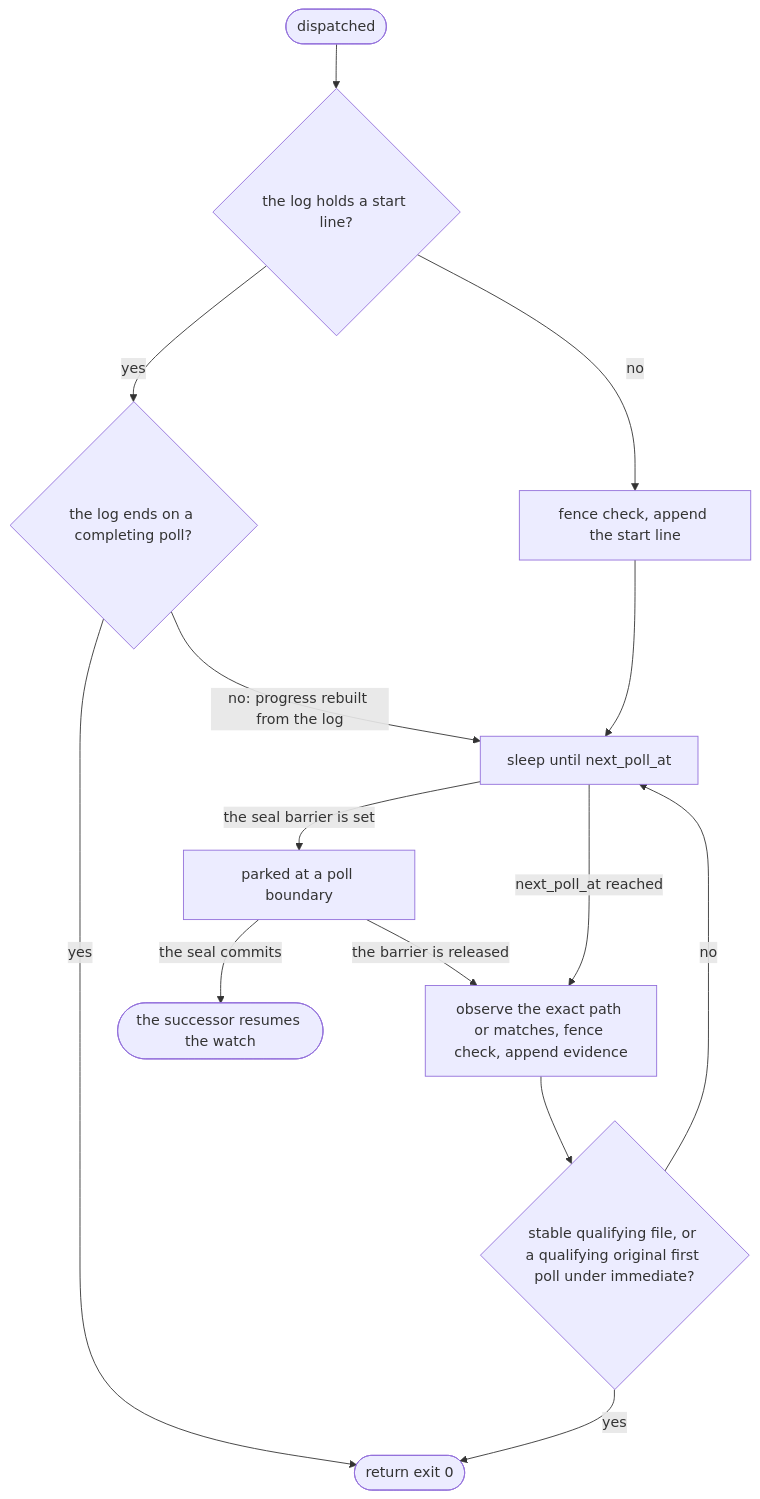
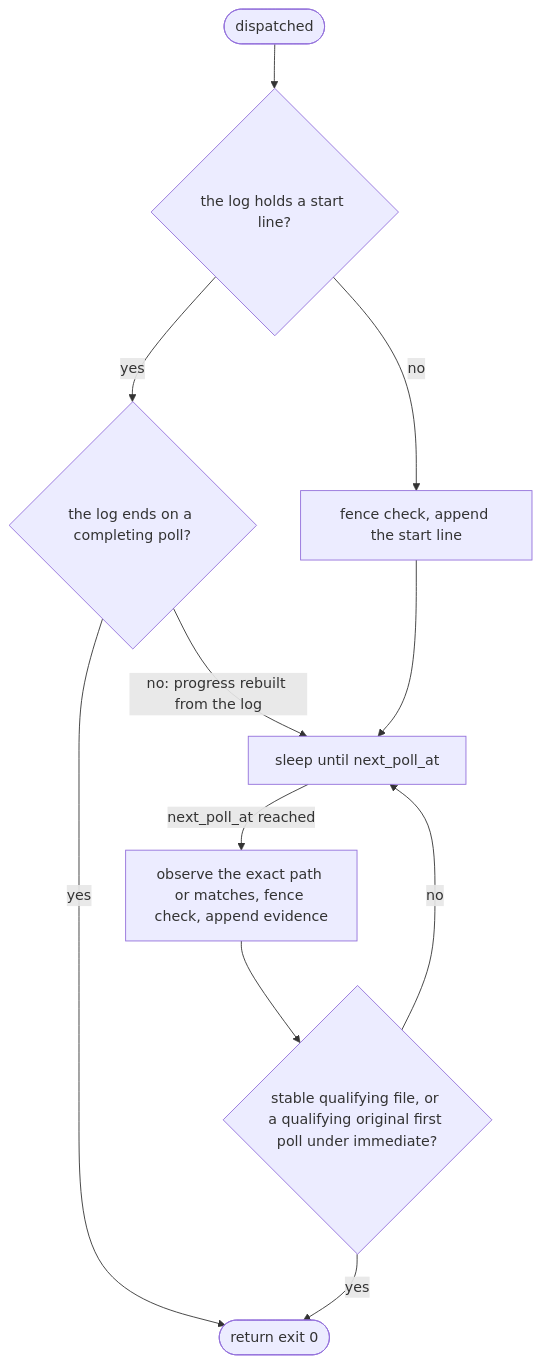
One commit to mrbald/dsl41 changed the diagram in docs/blocks/fw-observation.md. Above: the diagram before and after it, drawn with Mermaid. The commit also changed other lines of this file and 28 other files, not shown here.

````diff
--- a/docs/blocks/fw-observation.md
+++ b/docs/blocks/fw-observation.md
@@ -41,16 +40,13 @@
 ```mermaid
 flowchart TD
     dispatched(["dispatched"]) --> logged{"the log holds a start line?"}
     logged -->|"no"| start["fence check, append the start line"]
     logged -->|"yes"| folded{"the log ends on a completing poll?"}
     folded -->|"yes"| done(["return exit 0"])
     folded -->|"no: progress rebuilt from the log"| sleep
     start --> sleep["sleep until next_poll_at"]
-    sleep -->|"the seal barrier is set"| park["parked at a poll boundary"]
-    park -->|"the barrier is released"| poll
-    park -->|"the seal commits"| successor(["the successor resumes the watch"])
     sleep -->|"next_poll_at reached"| poll["observe the exact path or matches, fence check, append evidence"]
     poll --> complete{"stable qualifying file, or a qualifying original first poll under immediate?"}
     complete -->|"yes"| done
     complete -->|"no"| sleep
 ```
````
